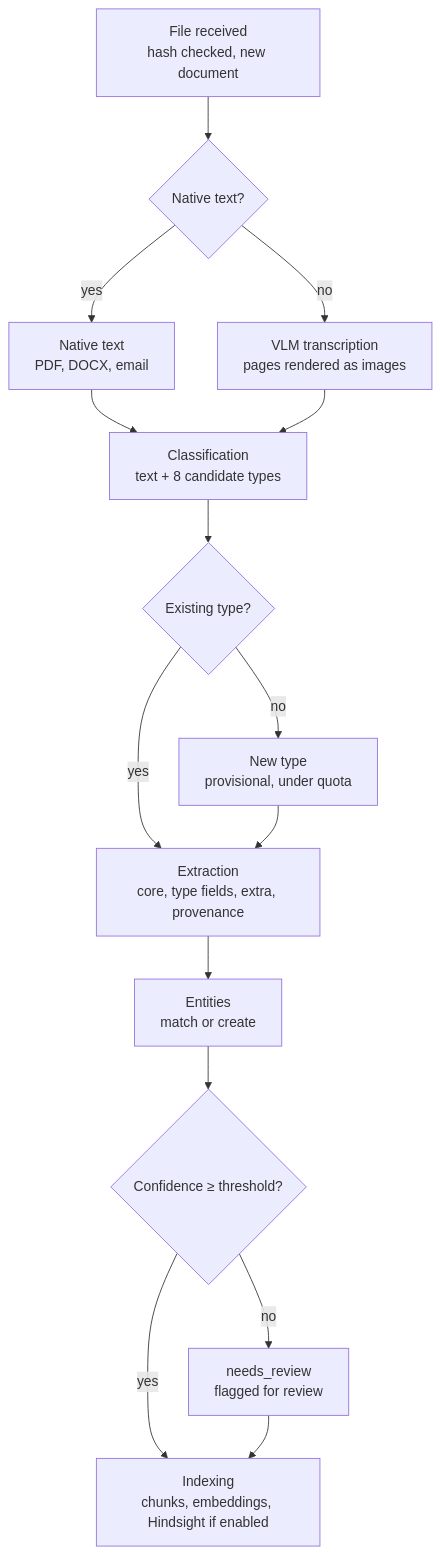
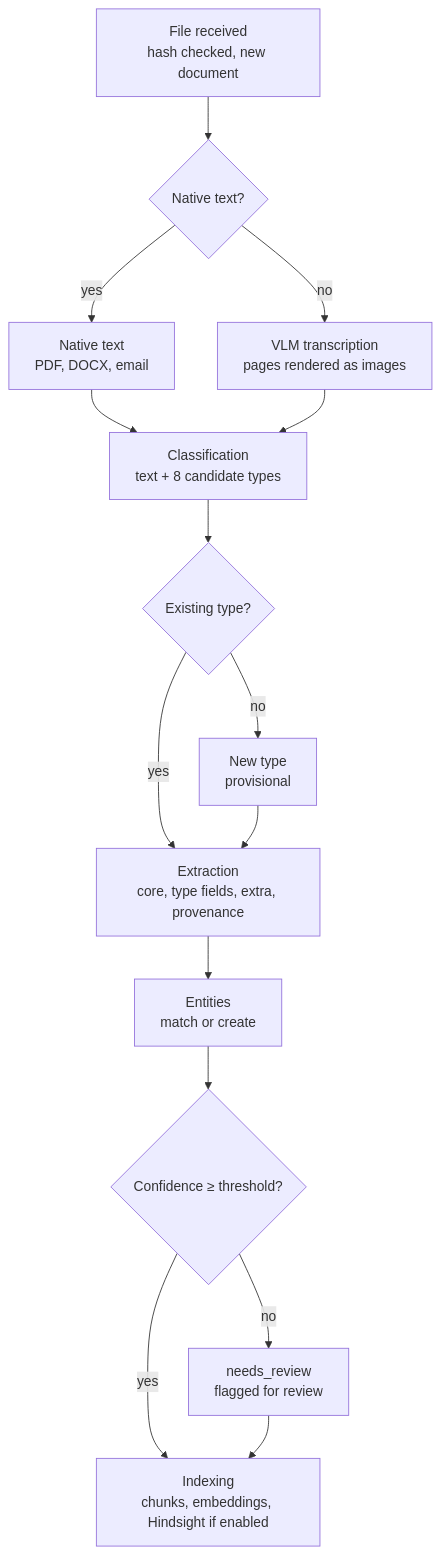
Before and after one commit to wallforfry/liasse: the second of 2 diagrams in docs/spec.md, drawn with Mermaid. The commit also changed other lines of this file and 56 other files, not shown here.

````diff
--- a/docs/spec.md
+++ b/docs/spec.md
@@ -140,15 +140,15 @@
 ```mermaid
 flowchart TD
   R[File received<br/>hash checked, new document] --> T{Native text?}
   T -- yes --> N[Native text<br/>PDF, DOCX, email]
   T -- no --> V[VLM transcription<br/>pages rendered as images]
   N --> CL[Classification<br/>text + 8 candidate types]
   V --> CL
   CL --> E{Existing type?}
   E -- yes --> X[Extraction<br/>core, type fields, extra, provenance]
-  E -- no --> NT[New type<br/>provisional, under quota] --> X
+  E -- no --> NT[New type<br/>provisional] --> X
   X --> EN[Entities<br/>match or create]
   EN --> CF{Confidence ≥ threshold?}
   CF -- yes --> IX[Indexing<br/>chunks, embeddings, Hindsight if enabled]
   CF -- no --> RV[needs_review<br/>flagged for review] --> IX
 ```
````
